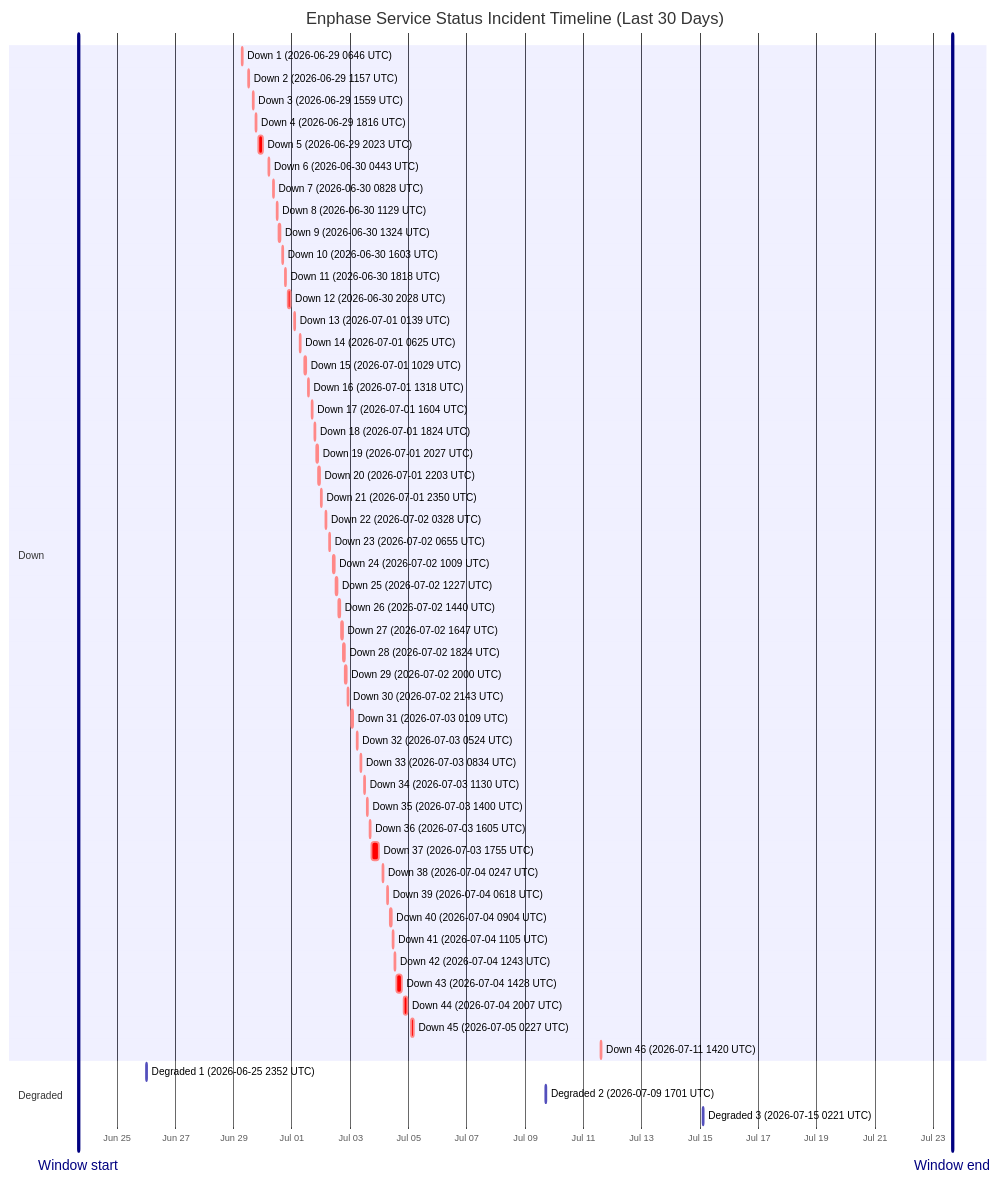
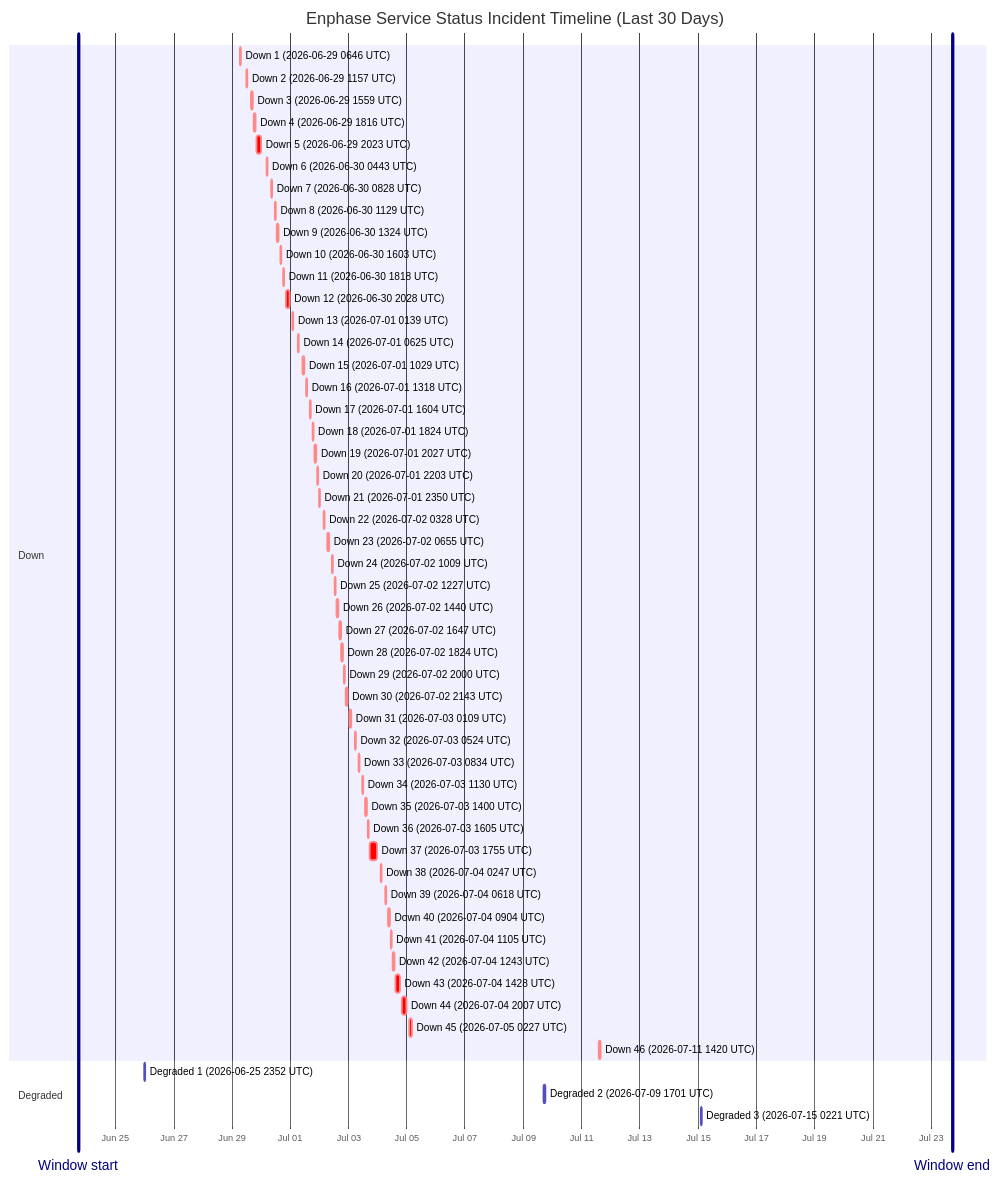
Before and after one commit to barneyonline/ha-enphase-energy: the diagram in wiki/Service-Status-History.md, drawn with Mermaid. The commit also changed other lines of this file and 3 other files, not shown here.

````diff
--- a/wiki/Service-Status-History.md
+++ b/wiki/Service-Status-History.md
@@ -14,59 +14,59 @@
 ```mermaid
 gantt
     title Enphase Service Status Incident Timeline (Last 30 Days)
     dateFormat  YYYY-MM-DDTHH:mm:ss
     axisFormat  %b %d
-    Window start :vert, window-start, 2026-06-23T15:54:03, 0ms
-    Window end :vert, window-end, 2026-07-23T15:54:03, 0ms
+    Window start :vert, window-start, 2026-06-23T17:21:15, 0ms
+    Window end :vert, window-end, 2026-07-23T17:21:15, 0ms
     section Down
     Down 1 (2026-06-29 0646 UTC) :crit, down-1, 2026-06-29T06:46:18, 60m
     Down 2 (2026-06-29 1157 UTC) :crit, down-2, 2026-06-29T11:57:36, 60m
     Down 3 (2026-06-29 1559 UTC) :crit, down-3, 2026-06-29T15:59:02, 60m
     Down 4 (2026-06-29 1816 UTC) :crit, down-4, 2026-06-29T18:16:38, 60m
     Down 5 (2026-06-29 2023 UTC) :crit, down-5, 2026-06-29T20:23:16, 220m
     Down 6 (2026-06-30 0443 UTC) :crit, down-6, 2026-06-30T04:43:54, 60m
     Down 7 (2026-06-30 0828 UTC) :crit, down-7, 2026-06-30T08:28:43, 60m
     Down 8 (2026-06-30 1129 UTC) :crit, down-8, 2026-06-30T11:29:15, 60m
     Down 9 (2026-06-30 1324 UTC) :crit, down-9, 2026-06-30T13:24:25, 60m
     Down 10 (2026-06-30 1603 UTC) :crit, down-10, 2026-06-30T16:03:26, 60m
     Down 11 (2026-06-30 1818 UTC) :crit, down-11, 2026-06-30T18:18:39, 60m
     Down 12 (2026-06-30 2028 UTC) :crit, down-12, 2026-06-30T20:28:54, 171m
     Down 13 (2026-07-01 0139 UTC) :crit, down-13, 2026-07-01T01:39:18, 60m
     Down 14 (2026-07-01 0625 UTC) :crit, down-14, 2026-07-01T06:25:35, 60m
     Down 15 (2026-07-01 1029 UTC) :crit, down-15, 2026-07-01T10:29:24, 60m
     Down 16 (2026-07-01 1318 UTC) :crit, down-16, 2026-07-01T13:18:31, 60m
     Down 17 (2026-07-01 1604 UTC) :crit, down-17, 2026-07-01T16:04:29, 60m
     Down 18 (2026-07-01 1824 UTC) :crit, down-18, 2026-07-01T18:24:21, 60m
     Down 19 (2026-07-01 2027 UTC) :crit, down-19, 2026-07-01T20:27:17, 60m
     Down 20 (2026-07-01 2203 UTC) :crit, down-20, 2026-07-01T22:03:46, 60m
     Down 21 (2026-07-01 2350 UTC) :crit, down-21, 2026-07-01T23:50:52, 60m
     Down 22 (2026-07-02 0328 UTC) :crit, down-22, 2026-07-02T03:28:33, 60m
     Down 23 (2026-07-02 0655 UTC) :crit, down-23, 2026-07-02T06:55:07, 60m
     Down 24 (2026-07-02 1009 UTC) :crit, down-24, 2026-07-02T10:09:15, 60m
     Down 25 (2026-07-02 1227 UTC) :crit, down-25, 2026-07-02T12:27:49, 60m
     Down 26 (2026-07-02 1440 UTC) :crit, down-26, 2026-07-02T14:40:53, 60m
     Down 27 (2026-07-02 1647 UTC) :crit, down-27, 2026-07-02T16:47:47, 60m
     Down 28 (2026-07-02 1824 UTC) :crit, down-28, 2026-07-02T18:24:26, 60m
     Down 29 (2026-07-02 2000 UTC) :crit, down-29, 2026-07-02T20:00:57, 60m
     Down 30 (2026-07-02 2143 UTC) :crit, down-30, 2026-07-02T21:43:52, 80m
     Down 31 (2026-07-03 0109 UTC) :crit, down-31, 2026-07-03T01:09:19, 60m
     Down 32 (2026-07-03 0524 UTC) :crit, down-32, 2026-07-03T05:24:23, 60m
     Down 33 (2026-07-03 0834 UTC) :crit, down-33, 2026-07-03T08:34:05, 60m
     Down 34 (2026-07-03 1130 UTC) :crit, down-34, 2026-07-03T11:30:41, 60m
     Down 35 (2026-07-03 1400 UTC) :crit, down-35, 2026-07-03T14:00:48, 60m
     Down 36 (2026-07-03 1605 UTC) :crit, down-36, 2026-07-03T16:05:49, 60m
     Down 37 (2026-07-03 1755 UTC) :crit, down-37, 2026-07-03T17:55:54, 338m
     Down 38 (2026-07-04 0247 UTC) :crit, down-38, 2026-07-04T02:47:22, 60m
     Down 39 (2026-07-04 0618 UTC) :crit, down-39, 2026-07-04T06:18:09, 60m
     Down 40 (2026-07-04 0904 UTC) :crit, down-40, 2026-07-04T09:04:41, 60m
     Down 41 (2026-07-04 1105 UTC) :crit, down-41, 2026-07-04T11:05:21, 60m
     Down 42 (2026-07-04 1243 UTC) :crit, down-42, 2026-07-04T12:43:25, 60m
     Down 43 (2026-07-04 1428 UTC) :crit, down-43, 2026-07-04T14:28:07, 243m
     Down 44 (2026-07-04 2007 UTC) :crit, down-44, 2026-07-04T20:07:50, 206m
     Down 45 (2026-07-05 0227 UTC) :crit, down-45, 2026-07-05T02:27:32, 109m
     Down 46 (2026-07-11 1420 UTC) :crit, down-46, 2026-07-11T14:20:54, 69m
     section Degraded
     Degraded 1 (2026-06-25 2352 UTC) :active, degraded-1, 2026-06-25T23:52:01, 60m
     Degraded 2 (2026-07-09 1701 UTC) :active, degraded-2, 2026-07-09T17:01:02, 60m
     Degraded 3 (2026-07-15 0221 UTC) :active, degraded-3, 2026-07-15T02:21:35, 60m
 ```
````
